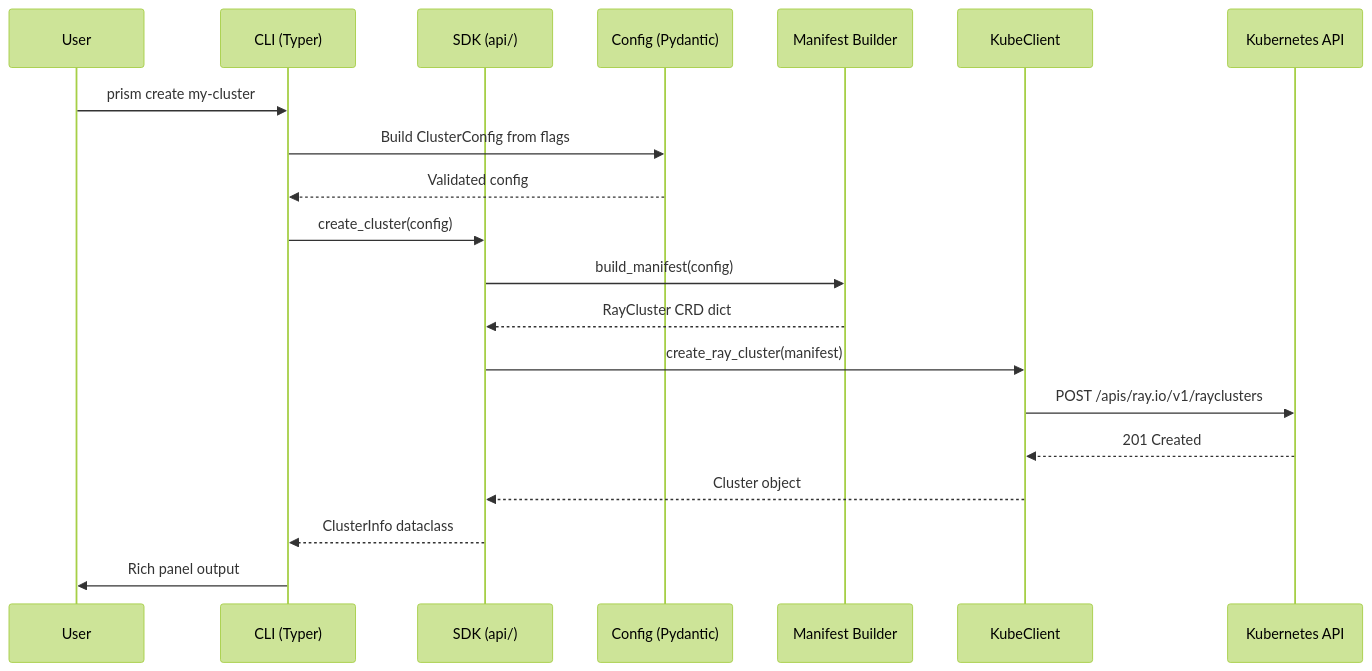
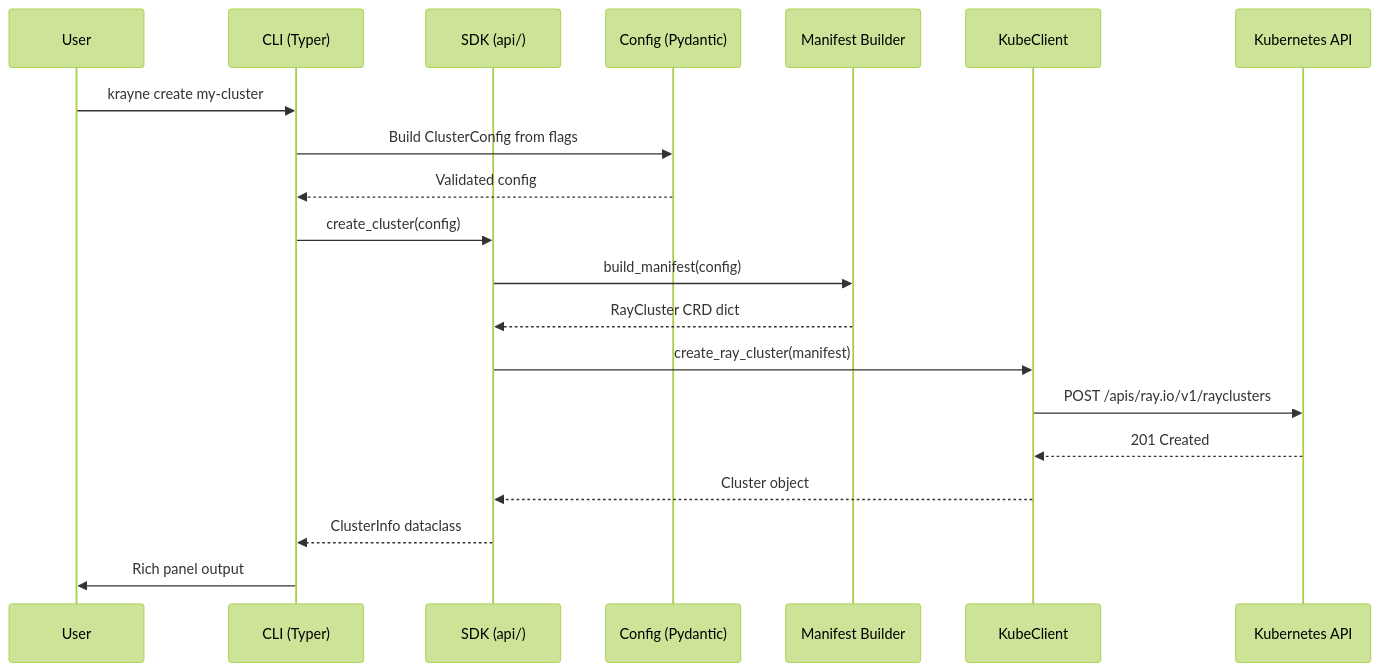
The second of 4 diagrams in docs/architecture.md (roulbac/krayne), drawn with Mermaid (forest theme) before and after one commit. The commit also changed other lines of this file and 51 other files, not shown here.

First line of the commit message:
Rename project from Prism to Krayne

````diff
--- a/docs/architecture.md
+++ b/docs/architecture.md
@@ -80,23 +80,23 @@
 ```mermaid
 sequenceDiagram
   participant User
   participant CLI as CLI (Typer)
   participant SDK as SDK (api/)
   participant Config as Config (Pydantic)
   participant Manifest as Manifest Builder
   participant Client as KubeClient
   participant K8s as Kubernetes API
 
-  User->>CLI: prism create my-cluster
+  User->>CLI: krayne create my-cluster
   CLI->>Config: Build ClusterConfig from flags
   Config-->>CLI: Validated config
   CLI->>SDK: create_cluster(config)
   SDK->>Manifest: build_manifest(config)
   Manifest-->>SDK: RayCluster CRD dict
   SDK->>Client: create_ray_cluster(manifest)
   Client->>K8s: POST /apis/ray.io/v1/rayclusters
   K8s-->>Client: 201 Created
   Client-->>SDK: Cluster object
   SDK-->>CLI: ClusterInfo dataclass
   CLI->>User: Rich panel output
 ```
````
